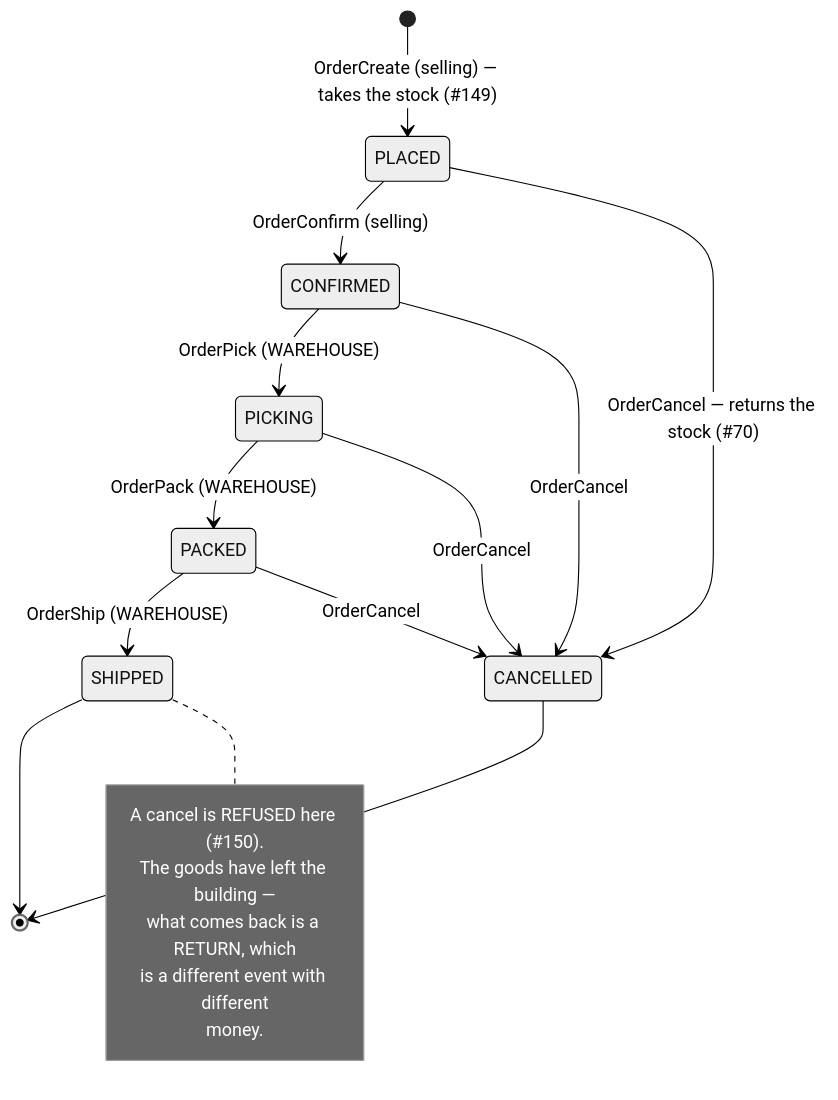
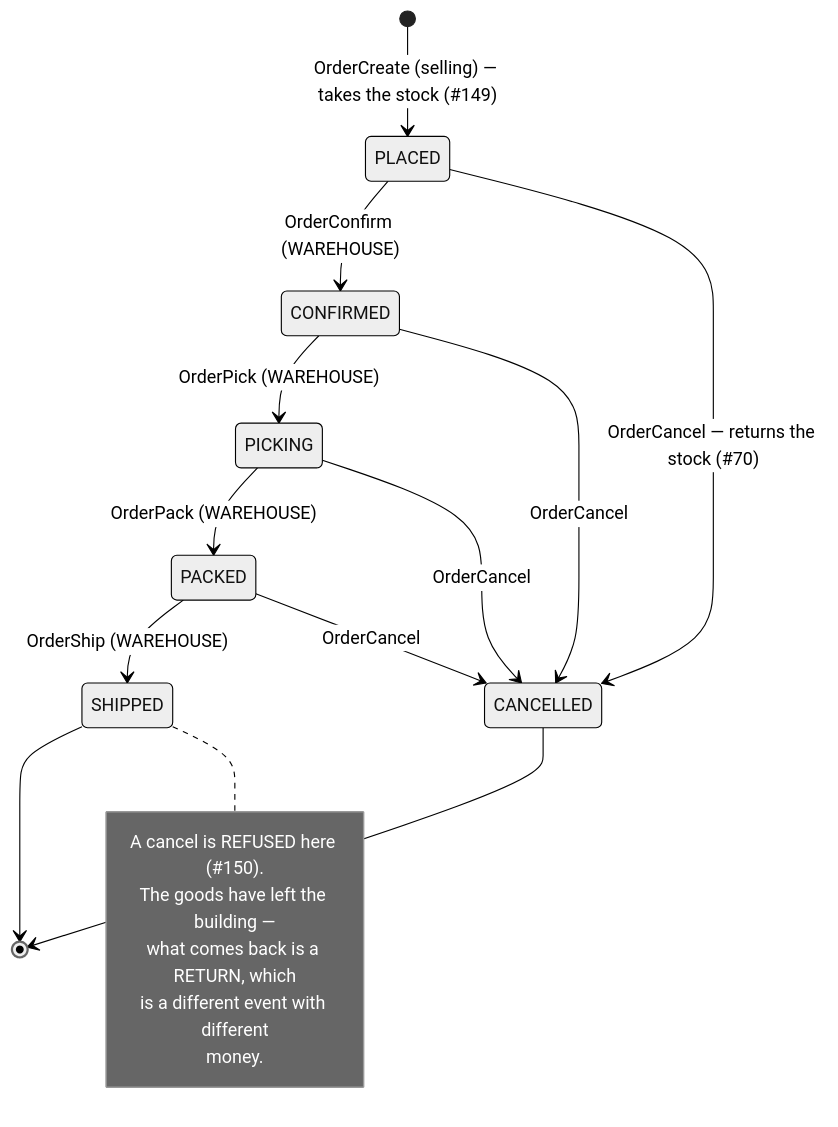
The first of 6 diagrams in docs/services/selling_service/rpc.md (pdcgo/warehouse_revamp), drawn with Mermaid (neutral theme) before and after one commit. The commit also changed other lines of this file and 168 other files, not shown here.

````diff
--- a/docs/services/selling_service/rpc.md
+++ b/docs/services/selling_service/rpc.md
@@ -9,23 +14,23 @@
 ```mermaid
 stateDiagram-v2
     [*] --> PLACED: OrderCreate (selling) — takes the stock (#149)
-    PLACED --> CONFIRMED: OrderConfirm (selling)
+    PLACED --> CONFIRMED: OrderConfirm (WAREHOUSE)
     CONFIRMED --> PICKING: OrderPick (WAREHOUSE)
     PICKING --> PACKED: OrderPack (WAREHOUSE)
     PACKED --> SHIPPED: OrderShip (WAREHOUSE)
     SHIPPED --> [*]
 
     PLACED --> CANCELLED: OrderCancel — returns the stock (#70)
     CONFIRMED --> CANCELLED: OrderCancel
     PICKING --> CANCELLED: OrderCancel
     PACKED --> CANCELLED: OrderCancel
     CANCELLED --> [*]
 
     note right of SHIPPED
         A cancel is REFUSED here (#150).
         The goods have left the building —
         what comes back is a RETURN, which
         is a different event with different
         money.
     end note
 ```
````
